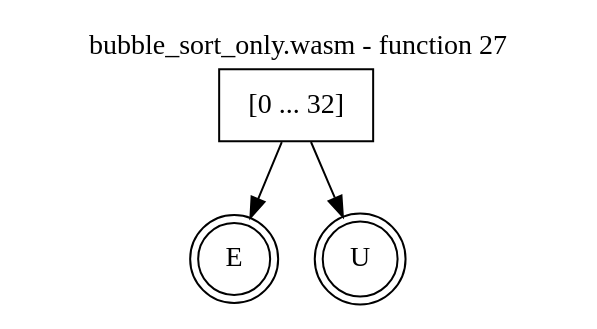
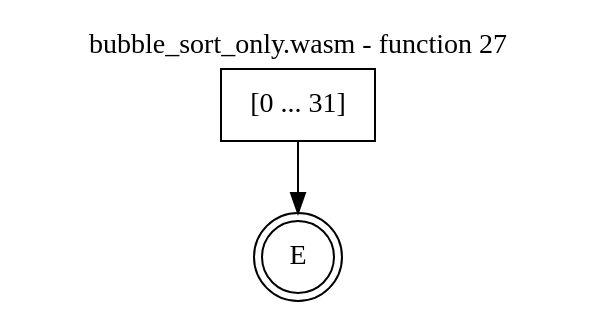
Before and after one commit to jsCarleton/wanalyze: the diagram in test_cases/bubble_sort_only/bubble_sort_only-funcs/bubble_sort_only-func27-e.dot, drawn with Graphviz. The commit also changed 46 other files, not shown here.

```diff
--- a/test_cases/bubble_sort_only/bubble_sort_only-funcs/bubble_sort_only-func27-e.dot
+++ b/test_cases/bubble_sort_only/bubble_sort_only-funcs/bubble_sort_only-func27-e.dot
@@ -1,12 +1,11 @@
 digraph finite_state_machine {
     label = "bubble_sort_only.wasm - function 27"
     labelloc =  t
     labelfontsize = 16
     labelfontcolor = black
     labelfontname = "Helvetica"
-    node [shape = doublecircle]; E U ;
+    node [shape = doublecircle]; E ;
     node [shape = box];
-    node [shape=box, color=black, style=solid] 0[label="[0 ... 32]"]
+    node [shape=box, color=black, style=solid] 0[label="[0 ... 31]"]
     0 -> E;
-    0 -> U;
 }
```
